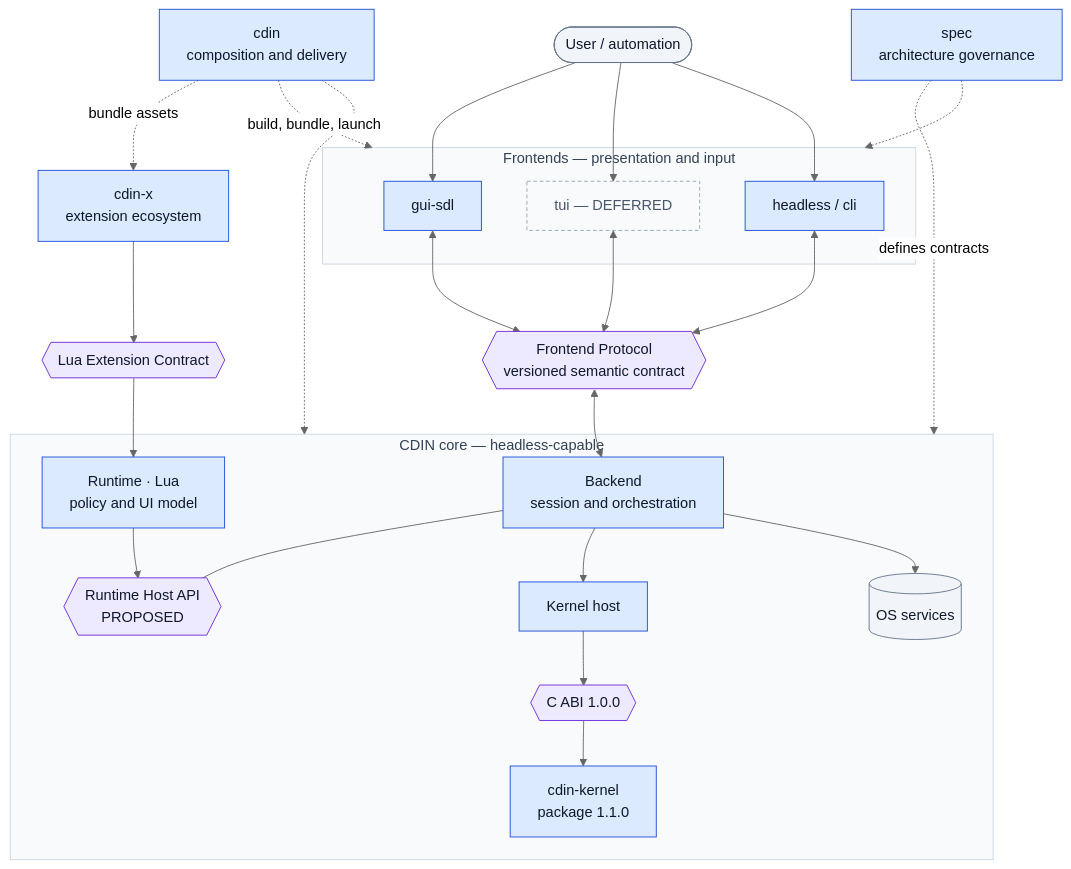
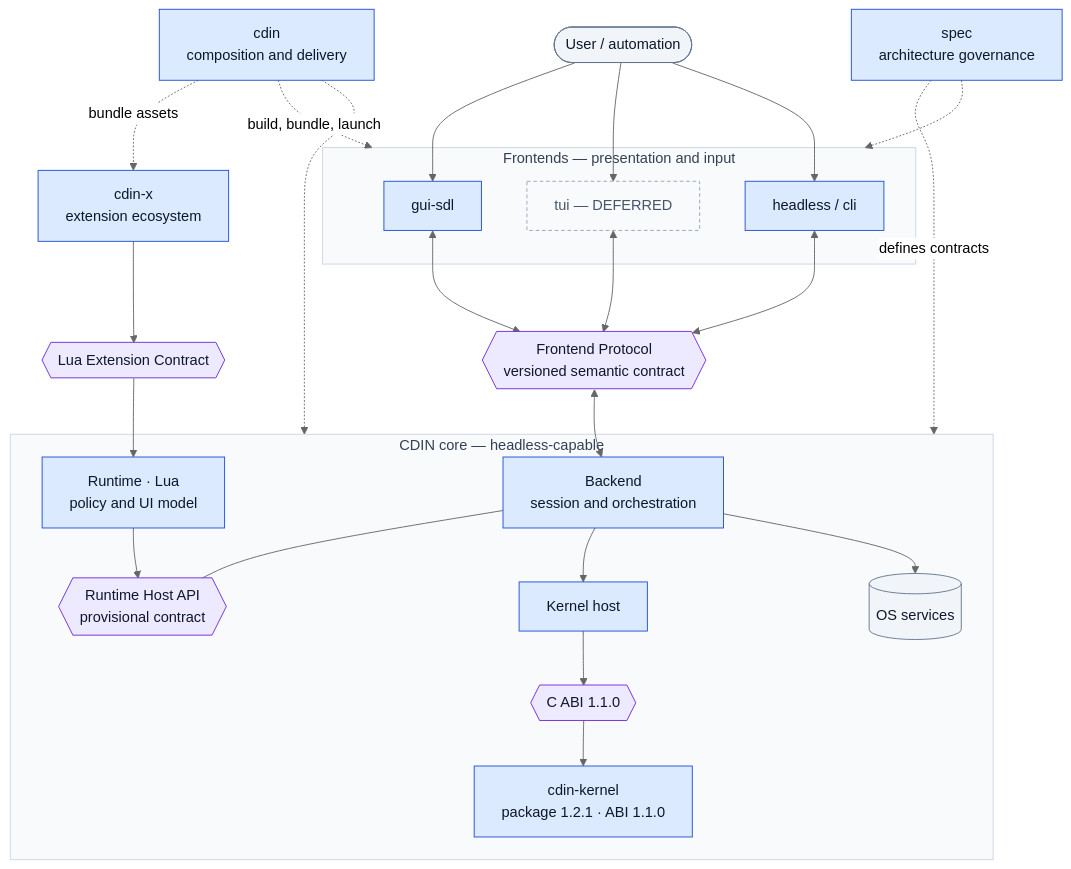
Before and after one commit to cdin-editor/spec: the first of 4 diagrams in docs/architecture/system-maps.md, drawn with Mermaid (neutral theme). The commit also changed other lines of this file and 34 other files, not shown here.

````diff
--- a/docs/architecture/system-maps.md
+++ b/docs/architecture/system-maps.md
@@ -7,54 +7,54 @@
 ```mermaid
 flowchart TB
     USER(["User / automation"])
 
     subgraph PRESENTATION["Frontends — presentation and input"]
         GUI["gui-sdl"]
         TUI["tui — DEFERRED"]
         HL["headless / cli"]
     end
     FP{{"Frontend Protocol<br/>versioned semantic contract"}}
 
     subgraph CORE["CDIN core — headless-capable"]
         BE["Backend<br/>session and orchestration"]
         RT["Runtime · Lua<br/>policy and UI model"]
-        RHA{{"Runtime Host API<br/>PROPOSED"}}
+        RHA{{"Runtime Host API<br/>provisional contract"}}
         KH["Kernel host"]
-        ABI{{"C ABI 1.0.0"}}
-        K["cdin-kernel<br/>package 1.1.0"]
+        ABI{{"C ABI 1.1.0"}}
+        K["cdin-kernel<br/>package 1.2.1 · ABI 1.1.0"]
         OS[("OS services")]
     end
     EXTC{{"Lua Extension Contract"}}
     X["cdin-x<br/>extension ecosystem"]
     ROOT["cdin<br/>composition and delivery"]
     SPEC["spec<br/>architecture governance"]
 
     USER --> GUI
     USER --> TUI
     USER --> HL
     GUI <--> FP
     TUI <--> FP
     HL <--> FP
     FP <--> BE
     BE --- RHA
     RT --> RHA
     BE --> KH --> ABI --> K
     BE --> OS
     X --> EXTC --> RT
     ROOT -. "build, bundle, launch" .-> PRESENTATION
     ROOT -.-> CORE
     ROOT -. "bundle assets" .-> X
     SPEC -. "defines contracts" .-> CORE
     SPEC -.-> PRESENTATION
 
     classDef comp fill:#dbeafe,stroke:#1d4ed8,color:#0f172a
     classDef contract fill:#ede9fe,stroke:#6d28d9,color:#0f172a
     classDef external fill:#f1f5f9,stroke:#64748b,color:#0f172a
     classDef deferred fill:#f8fafc,stroke:#94a3b8,color:#475569,stroke-dasharray:4 3
     classDef group fill:#f8fafc,stroke:#cbd5e1,color:#334155
     class GUI,HL,BE,RT,KH,K,X,ROOT,SPEC comp
     class FP,RHA,ABI,EXTC contract
     class OS,USER external
     class TUI deferred
     class PRESENTATION,CORE group
 ```
````
